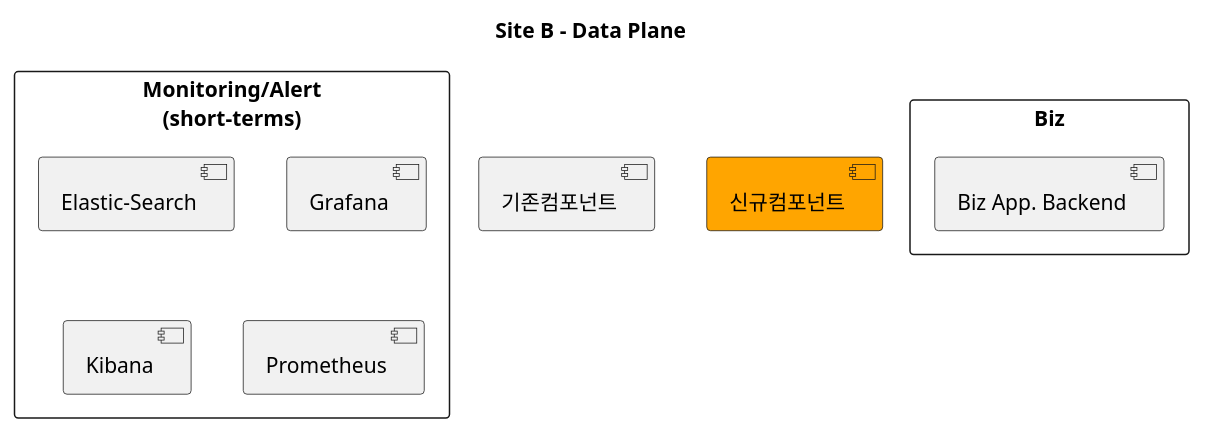
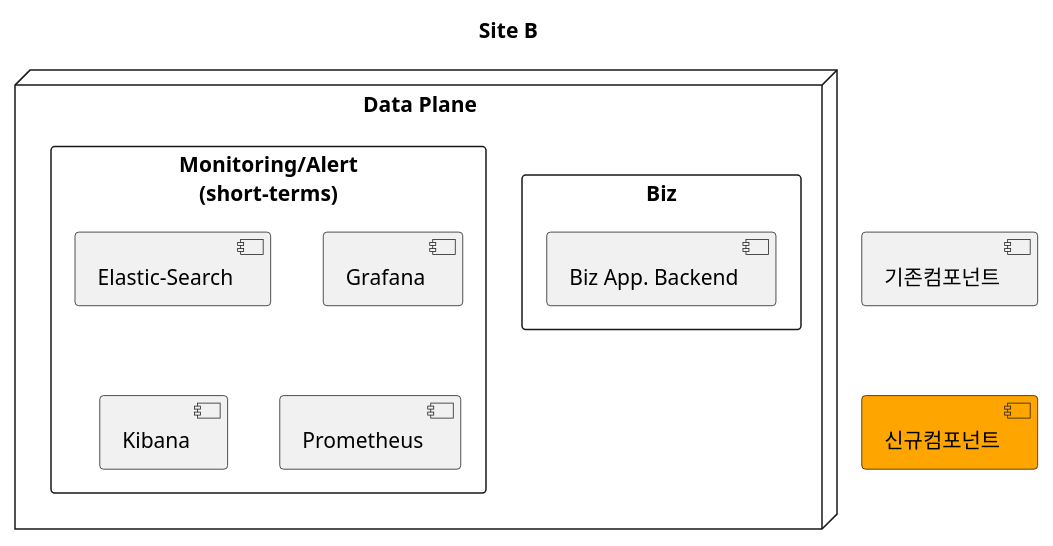
Before and after one commit to kloudbank/htdp1.github.io: the third of 6 diagrams in docs/src/multi-cloud/diagram.md, drawn with PlantUML. The commit also changed other lines of this file, not shown here.

```diff
--- a/docs/src/multi-cloud/diagram.md
+++ b/docs/src/multi-cloud/diagram.md
@@ -61,18 +65,20 @@
 @startuml
 
-title "Site B - Data Plane"
+title "Site B"
 
 [기존컴포넌트] as old
 [신규컴포넌트] as new #orange
+old -[hidden]d-> new
 
-rectangle "Biz" as bdp_bz {
-    [Biz App. Backend] as bdp_bz_app
+node "Data Plane" as dcp {
+    rectangle "Biz" as bdp_bz {
+        [Biz App. Backend] as bdp_bz_app
+    }
+    rectangle "Monitoring/Alert\n(short-terms)" as bdp_mon {
+        [Elastic-Search] as bdp_mon_elk
+        [Grafana] as bdp_mon_grafana
+        [Kibana] as bdp_mon_kibana
+        [Prometheus] as bdp_mon_prometheus
+    }
 }
-rectangle "Monitoring/Alert\n(short-terms)" as bdp_mon {
-    [Elastic-Search] as bdp_mon_elk
-    [Grafana] as bdp_mon_grafana
-    [Kibana] as bdp_mon_kibana
-    [Prometheus] as bdp_mon_prometheus
-}
-
 @enduml
```
